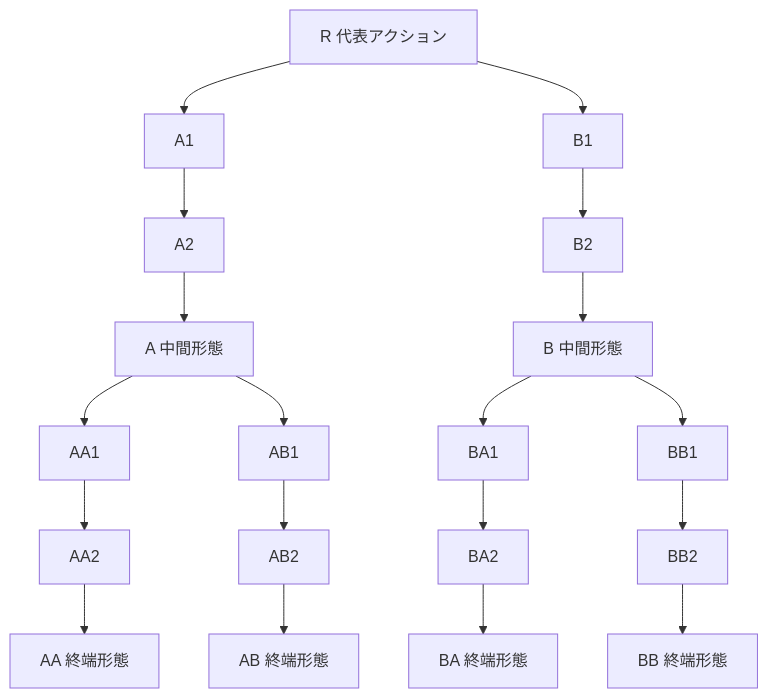
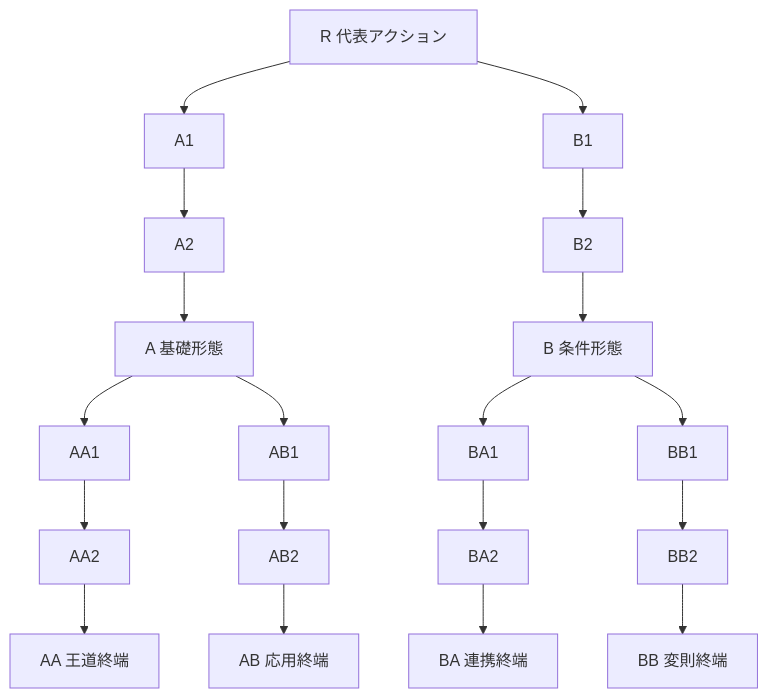
The diagram in docs/skill-reboot/10-weapon-tree-reboot.md (KKawamura1/garakuta-lab), drawn with Mermaid before and after one commit. The commit also changed other lines of this file and 2 other files, not shown here.

````diff
--- a/docs/skill-reboot/10-weapon-tree-reboot.md
+++ b/docs/skill-reboot/10-weapon-tree-reboot.md
@@ -69,9 +190,9 @@
 ```mermaid
 flowchart TD
-  R["R 代表アクション"] --> A1 --> A2 --> A3["A 中間形態"]
-  R --> B1 --> B2 --> B3["B 中間形態"]
-  A3 --> AA1 --> AA2 --> AA3["AA 終端形態"]
-  A3 --> AB1 --> AB2 --> AB3["AB 終端形態"]
-  B3 --> BA1 --> BA2 --> BA3["BA 終端形態"]
-  B3 --> BB1 --> BB2 --> BB3["BB 終端形態"]
+  R["R 代表アクション"] --> A1 --> A2 --> A3["A 基礎形態"]
+  R --> B1 --> B2 --> B3["B 条件形態"]
+  A3 --> AA1 --> AA2 --> AA3["AA 王道終端"]
+  A3 --> AB1 --> AB2 --> AB3["AB 応用終端"]
+  B3 --> BA1 --> BA2 --> BA3["BA 連携終端"]
+  B3 --> BB1 --> BB2 --> BB3["BB 変則終端"]
 ```
````
